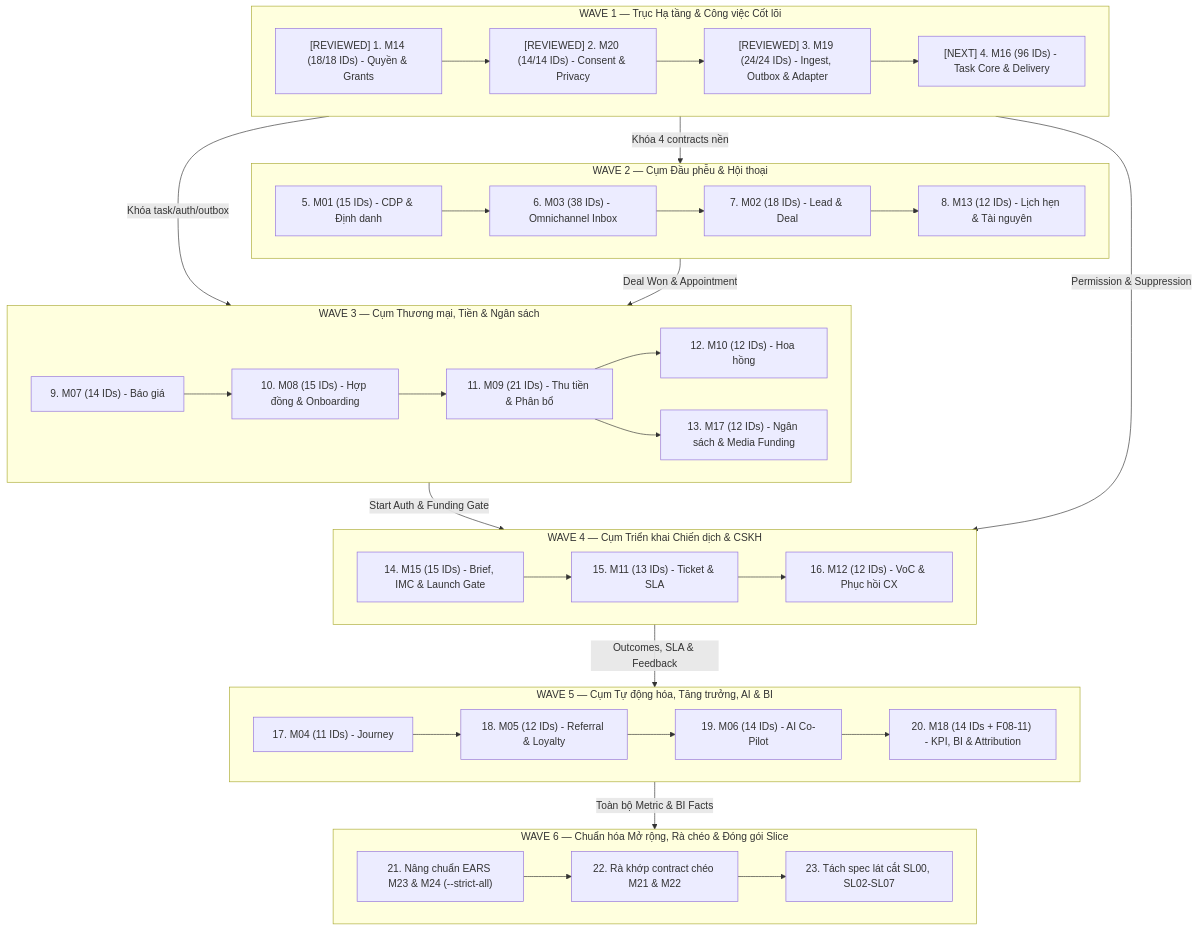
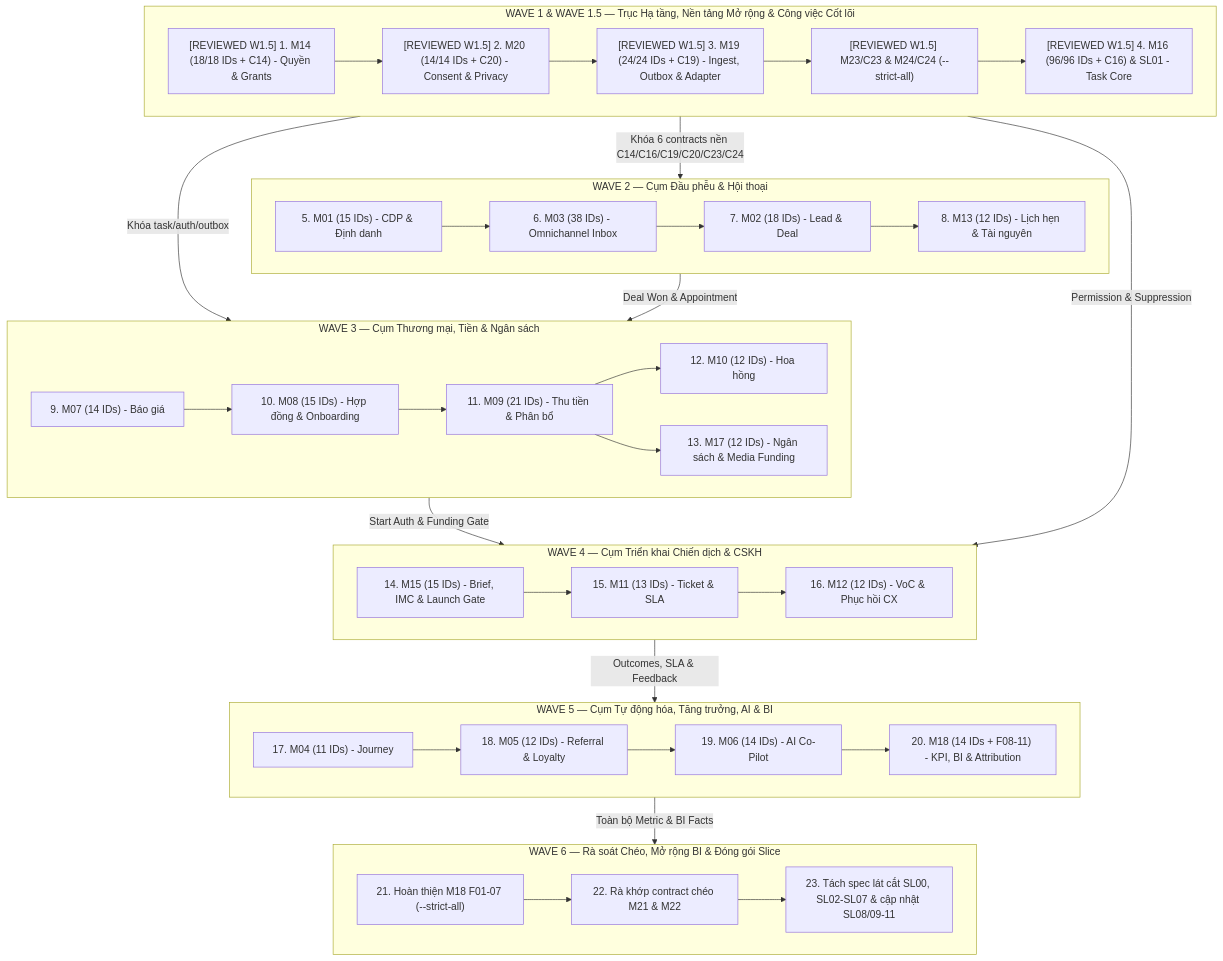
Before and after one commit to thuanmartech-dotcom/crm-marketing: the diagram in 03-planning/DECOMPOSITION-PLAN.md, drawn with Mermaid. The commit also changed other lines of this file and 48 other files, not shown here.

````diff
--- a/03-planning/DECOMPOSITION-PLAN.md
+++ b/03-planning/DECOMPOSITION-PLAN.md
@@ -23,51 +23,52 @@
 ```mermaid
 flowchart TB
-  subgraph W1["WAVE 1 — Trục Hạ tầng & Công việc Cốt lõi"]
+  subgraph W1["WAVE 1 & WAVE 1.5 — Trục Hạ tầng, Nền tảng Mở rộng & Công việc Cốt lõi"]
     direction LR
-    M14["[REVIEWED] 1. M14 (18/18 IDs) - Quyền & Grants"] --> M20["[REVIEWED] 2. M20 (14/14 IDs) - Consent & Privacy"]
-    M20 --> M19["[REVIEWED] 3. M19 (24/24 IDs) - Ingest, Outbox & Adapter"]
-    M19 --> M16["[NEXT] 4. M16 (96 IDs) - Task Core & Delivery"]
+    M14["[REVIEWED W1.5] 1. M14 (18/18 IDs + C14) - Quyền & Grants"] --> M20["[REVIEWED W1.5] 2. M20 (14/14 IDs + C20) - Consent & Privacy"]
+    M20 --> M19["[REVIEWED W1.5] 3. M19 (24/24 IDs + C19) - Ingest, Outbox & Adapter"]
+    M19 --> M2324["[REVIEWED W1.5] M23/C23 & M24/C24 (--strict-all)"]
+    M2324 --> M16["[REVIEWED W1.5] 4. M16 (96/96 IDs + C16) & SL01 - Task Core"]
   end
 
   subgraph W2["WAVE 2 — Cụm Đầu phễu & Hội thoại"]
     direction LR
     M01["5. M01 (15 IDs) - CDP & Định danh"] --> M03["6. M03 (38 IDs) - Omnichannel Inbox"]
     M03 --> M02["7. M02 (18 IDs) - Lead & Deal"]
     M02 --> M13["8. M13 (12 IDs) - Lịch hẹn & Tài nguyên"]
   end
 
   subgraph W3["WAVE 3 — Cụm Thương mại, Tiền & Ngân sách"]
     direction LR
     M07["9. M07 (14 IDs) - Báo giá"] --> M08["10. M08 (15 IDs) - Hợp đồng & Onboarding"]
     M08 --> M09["11. M09 (21 IDs) - Thu tiền & Phân bổ"]
     M09 --> M10["12. M10 (12 IDs) - Hoa hồng"]
     M09 --> M17["13. M17 (12 IDs) - Ngân sách & Media Funding"]
   end
 
   subgraph W4["WAVE 4 — Cụm Triển khai Chiến dịch & CSKH"]
     direction LR
     M15["14. M15 (15 IDs) - Brief, IMC & Launch Gate"] --> M11["15. M11 (13 IDs) - Ticket & SLA"]
     M11 --> M12["16. M12 (12 IDs) - VoC & Phục hồi CX"]
   end
 
   subgraph W5["WAVE 5 — Cụm Tự động hóa, Tăng trưởng, AI & BI"]
     direction LR
     M04["17. M04 (11 IDs) - Journey"] --> M05["18. M05 (12 IDs) - Referral & Loyalty"]
     M05 --> M06["19. M06 (14 IDs) - AI Co-Pilot"]
     M06 --> M18["20. M18 (14 IDs + F08-11) - KPI, BI & Attribution"]
   end
 
-  subgraph W6["WAVE 6 — Chuẩn hóa Mở rộng, Rà chéo & Đóng gói Slice"]
+  subgraph W6["WAVE 6 — Rà soát Chéo, Mở rộng BI & Đóng gói Slice"]
     direction LR
-    M2324["21. Nâng chuẩn EARS M23 & M24 (--strict-all)"] --> M2122["22. Rà khớp contract chéo M21 & M22"]
-    M2122 --> SLICES["23. Tách spec lát cắt SL00, SL02-SL07"]
+    M18EXT["21. Hoàn thiện M18 F01-07 (--strict-all)"] --> M2122["22. Rà khớp contract chéo M21 & M22"]
+    M2122 --> SLICES["23. Tách spec lát cắt SL00, SL02-SL07 & cập nhật SL08/09-11"]
   end
 
-  W1 -->|"Khóa 4 contracts nền"| W2
+  W1 -->|"Khóa 6 contracts nền C14/C16/C19/C20/C23/C24"| W2
   W1 -->|"Khóa task/auth/outbox"| W3
   W2 -->|"Deal Won & Appointment"| W3
   W3 -->|"Start Auth & Funding Gate"| W4
   W1 -->|"Permission & Suppression"| W4
   W4 -->|"Outcomes, SLA & Feedback"| W5
   W5 -->|"Toàn bộ Metric & BI Facts"| W6
 ```
````
